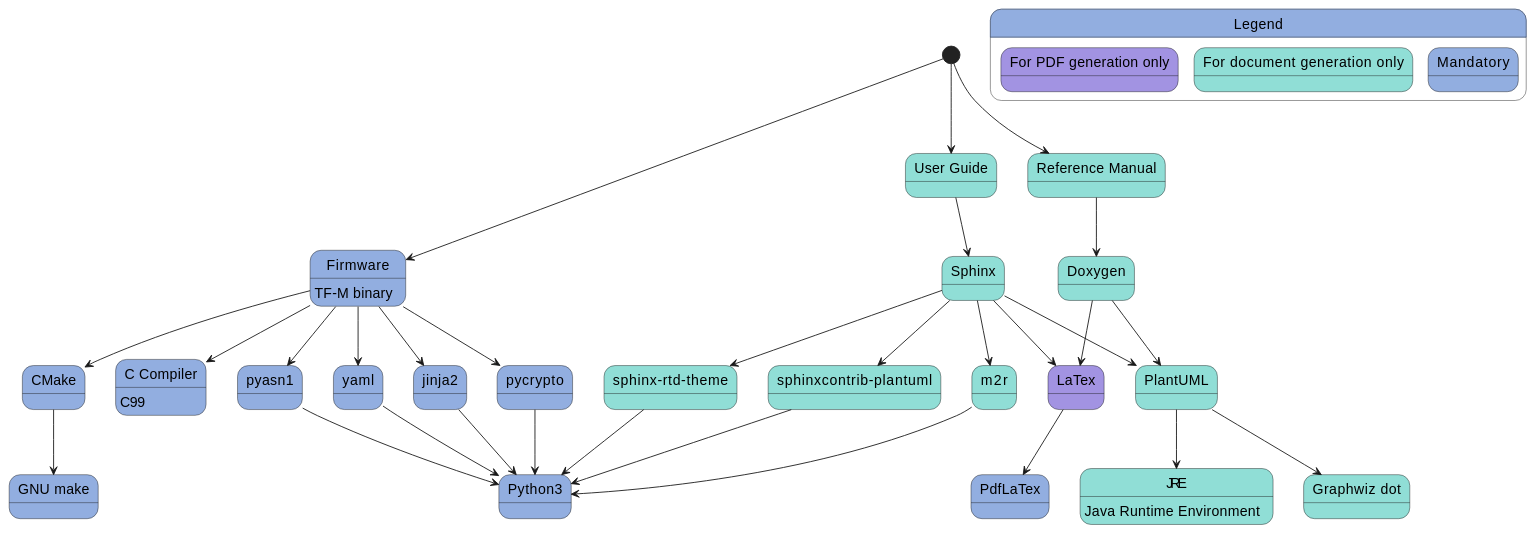
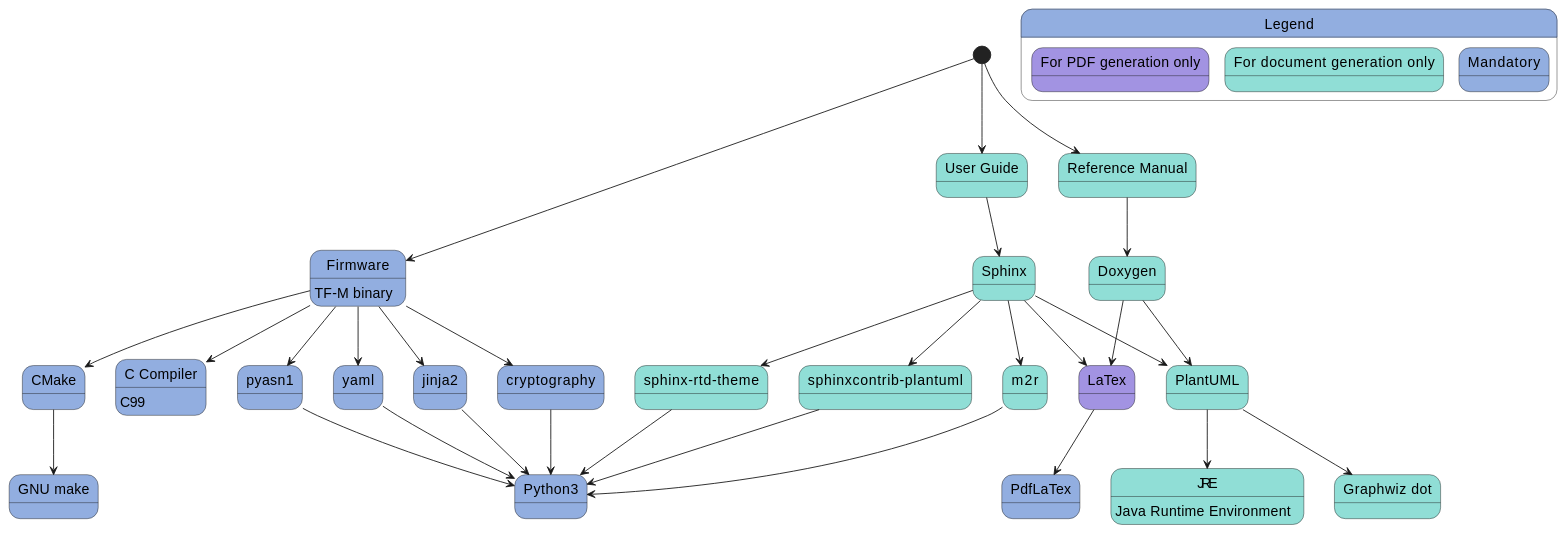
The diagram in docs/user_guides/tfm_sw_requirement.rst (zephyrproject-rtos/trusted-firmware-m), drawn with PlantUML before and after one commit. The commit also changed other lines of this file and 1 other file, not shown here.

Commit message:
Boot: Migrate from pycrypto to cryptography
This commit migrates imgtool -- specifically
imgtool_lib/keys.py -- from Pycrypto, which hasn't been
updated in many years, to the actively maintained
Cryptography module.

Aside from active development, generally meaning a
lower risk of unaddressed security issues, this migration
has a number of secondary benefits:

- It moves imgtool closer to the upstream mcuboot,
  which recently removed Pycrypto usage as well.
- It allows the possibility of migrating to a more
  secure key format, due to support for PKCS8, etc.
- It allows TF-M binaries to be signed with the
  Zephyr SDK (tested on 0.10.1) with no additional
  dependencies.

Author: Kevin Townsend <kevin.townsend@linaro.org>

```diff
--- a/docs/user_guides/tfm_sw_requirement.rst
+++ b/docs/user_guides/tfm_sw_requirement.rst
@@ -35,66 +35,66 @@
 .. uml::
-   
+
    @startuml
     skinparam state {
       BackgroundColor #92AEE0
       FontColor black
       FontSize 16
       AttributeFontColor black
       AttributeFontSize 16
       BackgroundColor<<pdf>> #A293E2
       BackgroundColor<<doc>> #90DED6
     }
     state fw as "Firmware" : TF-M binary
     state c_comp as "C Compiler" : C99
     state gmake as "GNU make"
     state u_guide as "User Guide" <<doc>>
     state refman as "Reference Manual" <<doc>>
     state rtd_theme as "sphinx-rtd-theme" <<doc>>
     state sphnix_puml as "sphinxcontrib-plantuml" <<doc>>
     state JRE as "JRE" <<doc>> : Java Runtime Environment
     state gwiz as "Graphwiz dot" <<doc>>
     state Sphinx as "Sphinx" <<doc>>
     state m2r as "m2r" <<doc>>
     state PlantUML as "PlantUML" <<doc>>
     state LaTex as "LaTex" <<pdf>>
     state PdfLaTex as "PdfLaTex" <<<<pdf>>>>
     state Doxygen as "Doxygen" <<doc>>
 
     [*] --> fw
     fw --> c_comp
     fw --> CMake
     CMake --> gmake
-    fw --> pycrypto
+    fw --> cryptography
     fw --> pyasn1
     fw --> yaml
     fw --> jinja2
-    pycrypto --> Python3
+    cryptography --> Python3
     pyasn1 --> Python3
     yaml --> Python3
     jinja2 --> Python3
-    
+
     [*] --> u_guide
     u_guide --> Sphinx
     Sphinx --> m2r
     Sphinx --> rtd_theme
     Sphinx --> sphnix_puml
     m2r --> Python3
     rtd_theme --> Python3
     sphnix_puml --> Python3
     Sphinx --> PlantUML
     PlantUML --> JRE
     PlantUML --> gwiz
     Sphinx --> LaTex
     LaTex --> PdfLaTex
-    
+
     [*] --> refman
     refman --> Doxygen
     Doxygen --> PlantUML
     Doxygen --> LaTex
     state Legend {
       state x as "For PDF generation only" <<pdf>>
       state y as "For document generation only" <<doc>>
       state z as "Mandatory"
     }
 
    @enduml
```
